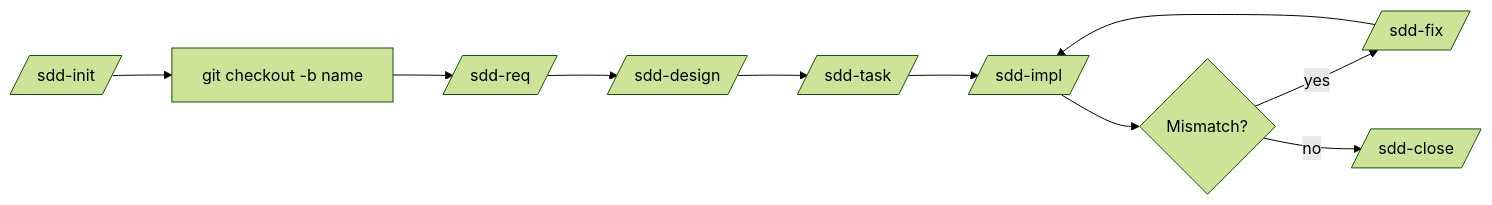
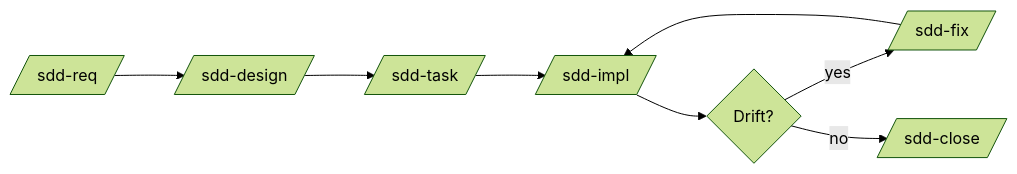
The second of 2 diagrams in README.md (paterapatera/sdd-orc), drawn with Mermaid (forest theme) before and after one commit. The commit also changed other lines of this file and 1 other file, not shown here.

First line of the commit message:
docs: trim README to daily-use scope, fewer diagrams

````diff
--- a/README.md
+++ b/README.md
@@ -182,12 +136,10 @@
 ```mermaid
 flowchart LR
-  A[/sdd-init/] --> B["git checkout -b name"]
-  B --> C[/sdd-req/]
-  C --> D[/sdd-design/]
-  D --> E[/sdd-task/]
-  E --> F[/sdd-impl/]
-  F --> G{Mismatch?}
-  G -->|yes| H[/sdd-fix/]
-  H --> F
-  G -->|no| I[/sdd-close/]
+  R[/sdd-req/] --> D[/sdd-design/]
+  D --> T[/sdd-task/]
+  T --> I[/sdd-impl/]
+  I --> F{Drift?}
+  F -->|yes| X[/sdd-fix/]
+  X --> I
+  F -->|no| C[/sdd-close/]
 ```
````
